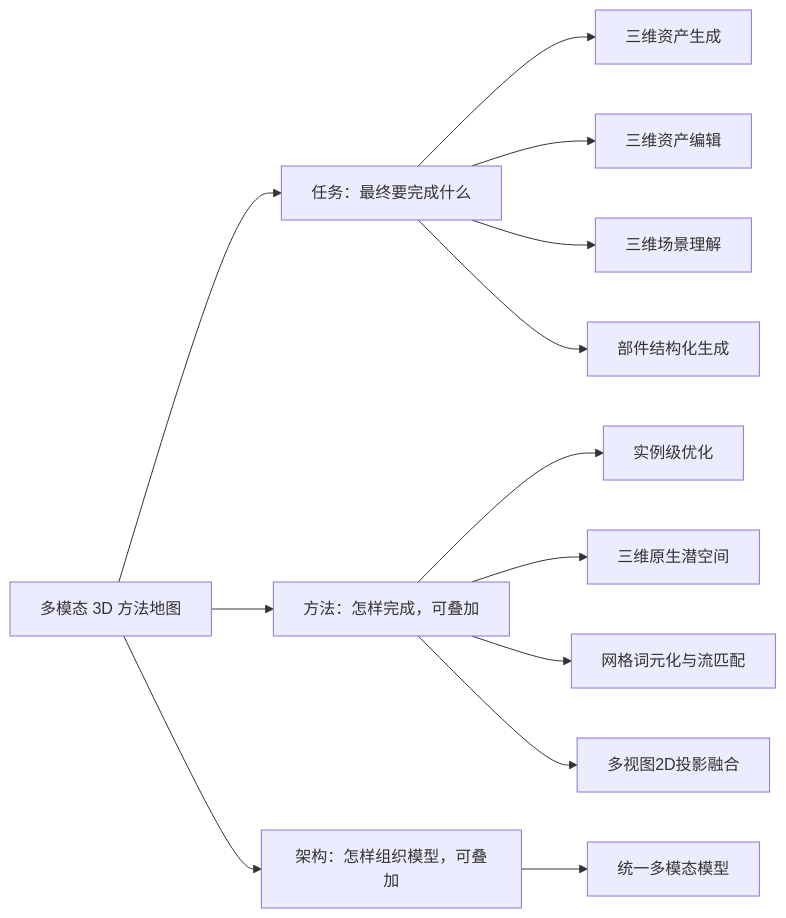
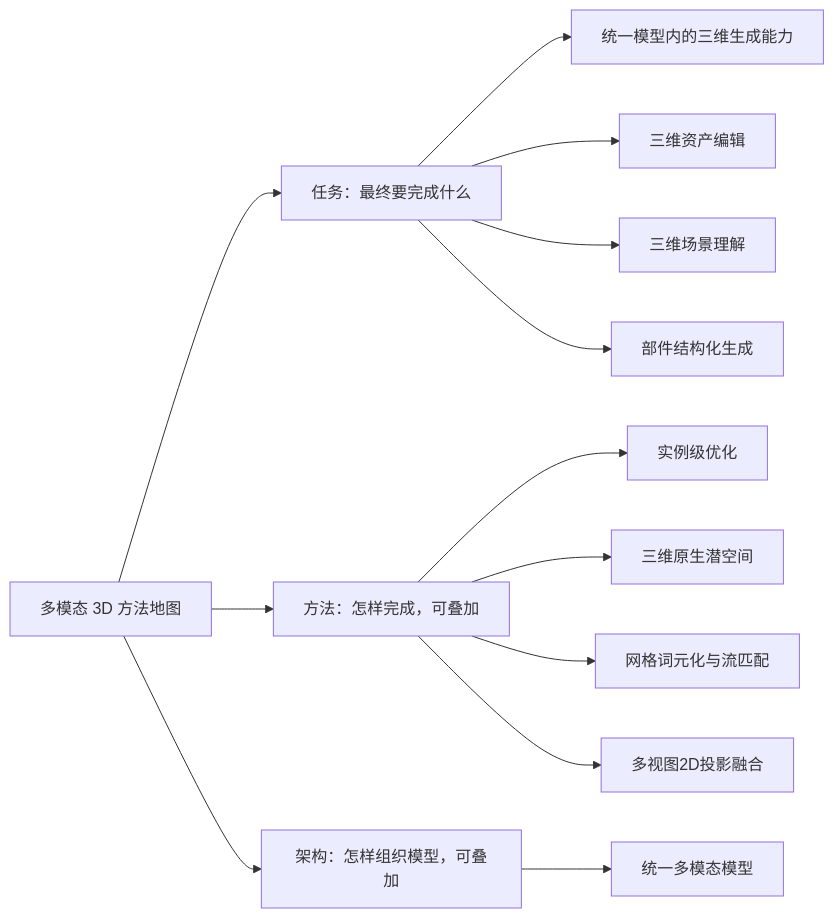
One commit to jinjianzhao/daily-papers changed the third of 11 diagrams in surveys/hunyuan3d-buffalo-multimodal-20260928/survey.md. Above: the diagram before and after it, drawn with Mermaid. The commit also changed other lines of this file and 3 other files, not shown here.

````diff
--- a/surveys/hunyuan3d-buffalo-multimodal-20260928/survey.md
+++ b/surveys/hunyuan3d-buffalo-multimodal-20260928/survey.md
@@ -65,28 +65,28 @@
 ```mermaid
 flowchart LR
   ROOT["多模态 3D 方法地图"]
   D1["任务：最终要完成什么"]
   ROOT --> D1
-  D1C1["三维资产生成"]
+  D1C1["统一模型内的三维生成能力"]
   D1 --> D1C1
   D1C2["三维资产编辑"]
   D1 --> D1C2
   D1C3["三维场景理解"]
   D1 --> D1C3
   D1C4["部件结构化生成"]
   D1 --> D1C4
   D2["方法：怎样完成，可叠加"]
   ROOT --> D2
   D2C1["实例级优化"]
   D2 --> D2C1
   D2C2["三维原生潜空间"]
   D2 --> D2C2
   D2C3["网格词元化与流匹配"]
   D2 --> D2C3
   D2C4["多视图2D投影融合"]
   D2 --> D2C4
   D3["架构：怎样组织模型，可叠加"]
   ROOT --> D3
   D3C1["统一多模态模型"]
   D3 --> D3C1
 ```
````
